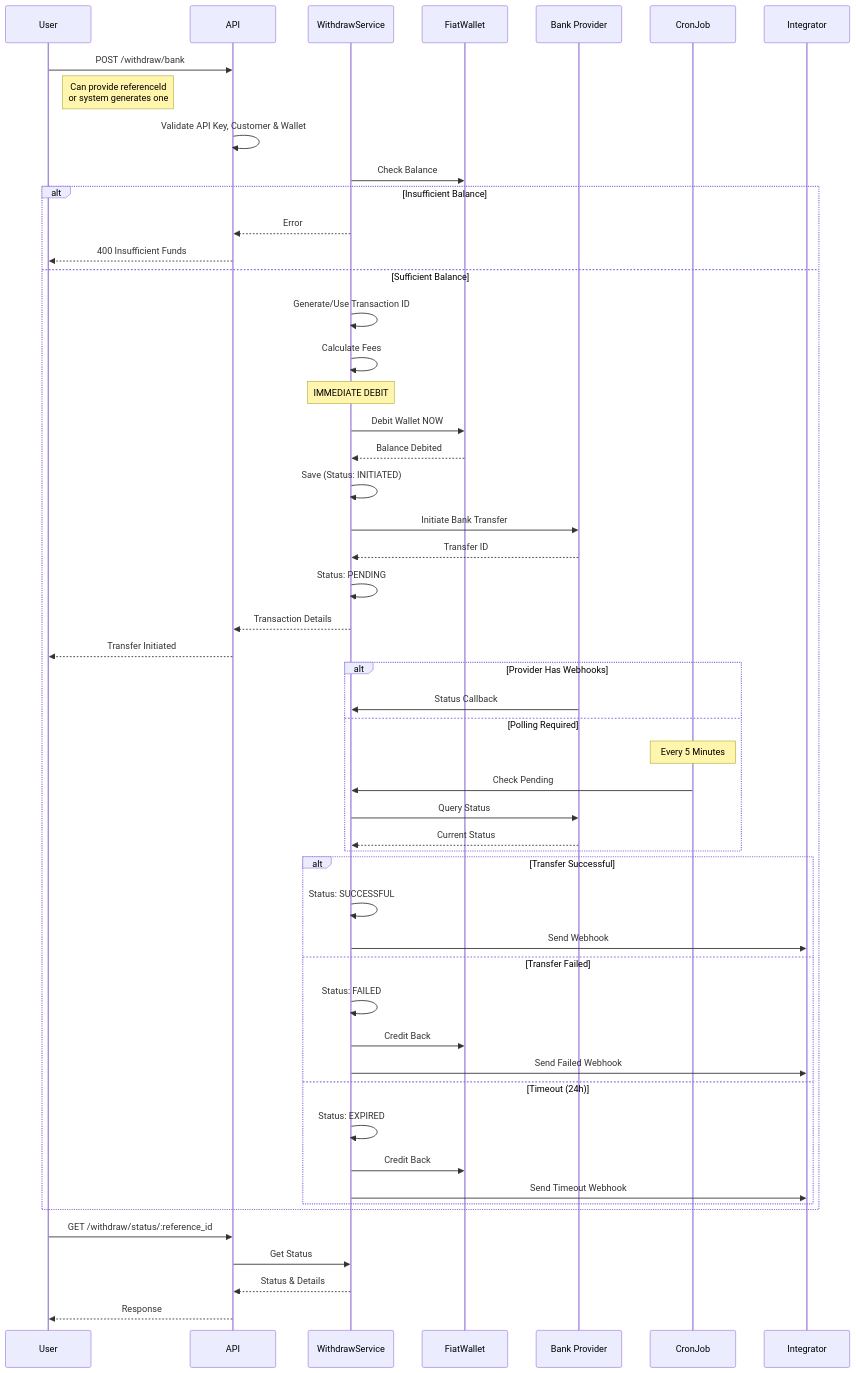
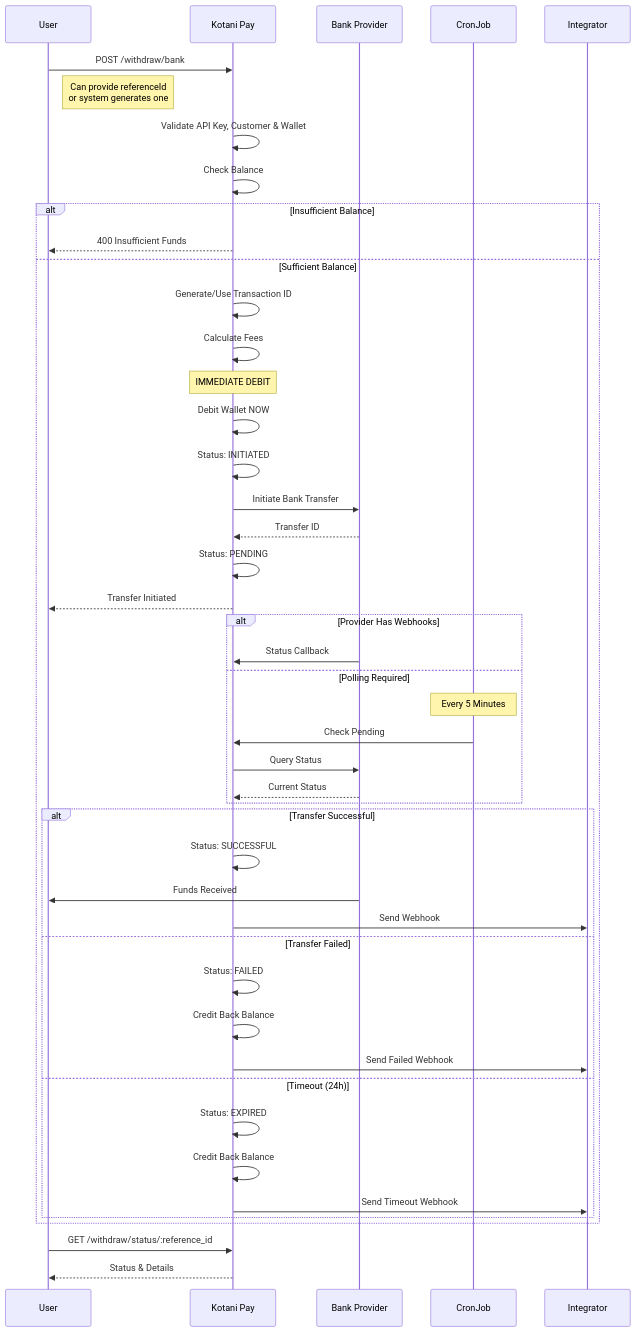
One commit to john-muinde/docs changed the second of 4 diagrams in v3/flows/withdrawal-flow.mdx. Above: the diagram before and after it, drawn with Mermaid. The commit also changed other lines of this file and 5 other files, not shown here.

````diff
--- a/v3/flows/withdrawal-flow.mdx
+++ b/v3/flows/withdrawal-flow.mdx
@@ -105,64 +98,57 @@
 ```mermaid
 sequenceDiagram
     participant User
-    participant API
-    participant WithdrawService
-    participant FiatWallet
-    participant Provider as Bank Provider
+    participant Kotani Pay
+    participant Bank as Bank Provider
     participant CronJob
     participant Integrator
 
-    User->>API: POST /withdraw/bank
+    User->>Kotani Pay: POST /withdraw/bank
     Note right of User: Can provide referenceId<br/>or system generates one
-    API->>API: Validate API Key, Customer & Wallet
+    Kotani Pay->>Kotani Pay: Validate API Key, Customer & Wallet
+    Kotani Pay->>Kotani Pay: Check Balance
 
-    WithdrawService->>FiatWallet: Check Balance
     alt Insufficient Balance
-        WithdrawService-->>API: Error
-        API-->>User: 400 Insufficient Funds
+        Kotani Pay-->>User: 400 Insufficient Funds
     else Sufficient Balance
-        WithdrawService->>WithdrawService: Generate/Use Transaction ID
-        WithdrawService->>WithdrawService: Calculate Fees
+        Kotani Pay->>Kotani Pay: Generate/Use Transaction ID
+        Kotani Pay->>Kotani Pay: Calculate Fees
 
-        Note over WithdrawService: IMMEDIATE DEBIT
-        WithdrawService->>FiatWallet: Debit Wallet NOW
-        FiatWallet-->>WithdrawService: Balance Debited
+        Note over Kotani Pay: IMMEDIATE DEBIT
+        Kotani Pay->>Kotani Pay: Debit Wallet NOW
+        Kotani Pay->>Kotani Pay: Status: INITIATED
 
-        WithdrawService->>WithdrawService: Save (Status: INITIATED)
-
-        WithdrawService->>Provider: Initiate Bank Transfer
-        Provider-->>WithdrawService: Transfer ID
-        WithdrawService->>WithdrawService: Status: PENDING
-        WithdrawService-->>API: Transaction Details
-        API-->>User: Transfer Initiated
+        Kotani Pay->>Bank: Initiate Bank Transfer
+        Bank-->>Kotani Pay: Transfer ID
+        Kotani Pay->>Kotani Pay: Status: PENDING
+        Kotani Pay-->>User: Transfer Initiated
 
         alt Provider Has Webhooks
-            Provider->>WithdrawService: Status Callback
+            Bank->>Kotani Pay: Status Callback
         else Polling Required
             Note over CronJob: Every 5 Minutes
-            CronJob->>WithdrawService: Check Pending
-            WithdrawService->>Provider: Query Status
-            Provider-->>WithdrawService: Current Status
+            CronJob->>Kotani Pay: Check Pending
+            Kotani Pay->>Bank: Query Status
+            Bank-->>Kotani Pay: Current Status
         end
 
         alt Transfer Successful
-            WithdrawService->>WithdrawService: Status: SUCCESSFUL
-            WithdrawService->>Integrator: Send Webhook
+            Kotani Pay->>Kotani Pay: Status: SUCCESSFUL
+            Bank->>User: Funds Received
+            Kotani Pay->>Integrator: Send Webhook
 
         else Transfer Failed
-            WithdrawService->>WithdrawService: Status: FAILED
-            WithdrawService->>FiatWallet: Credit Back
-            WithdrawService->>Integrator: Send Failed Webhook
+            Kotani Pay->>Kotani Pay: Status: FAILED
+            Kotani Pay->>Kotani Pay: Credit Back Balance
+            Kotani Pay->>Integrator: Send Failed Webhook
 
         else Timeout (24h)
-            WithdrawService->>WithdrawService: Status: EXPIRED
-            WithdrawService->>FiatWallet: Credit Back
-            WithdrawService->>Integrator: Send Timeout Webhook
+            Kotani Pay->>Kotani Pay: Status: EXPIRED
+            Kotani Pay->>Kotani Pay: Credit Back Balance
+            Kotani Pay->>Integrator: Send Timeout Webhook
         end
     end
 
-    User->>API: GET /withdraw/status/:reference_id
-    API->>WithdrawService: Get Status
-    WithdrawService-->>API: Status & Details
-    API-->>User: Response
+    User->>Kotani Pay: GET /withdraw/status/:reference_id
+    Kotani Pay-->>User: Status & Details
 ```
````
